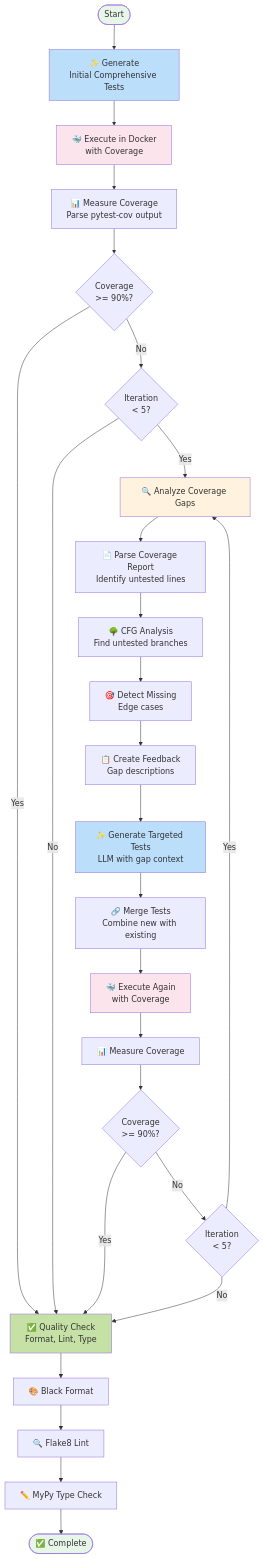
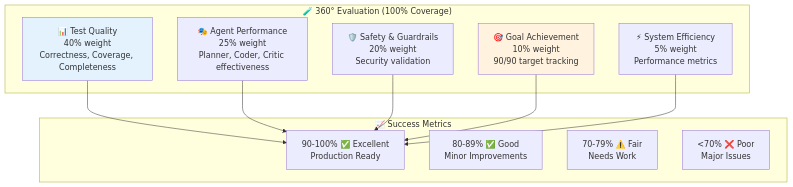
Before and after one commit to narenallam/AgenticTestGenerator: diagram 12 of 13 in ARCHITECTURE.md, drawn with Mermaid. The commit also changed other lines of this file and 11 other files, not shown here.

````diff
--- a/ARCHITECTURE.md
+++ b/ARCHITECTURE.md
@@ -356,47 +819,26 @@
 ```mermaid
-graph TD
-    Start([Start]) --> Initial[✨ Generate<br/>Initial Comprehensive Tests]
-    
-    Initial --> Execute1[🐳 Execute in Docker<br/>with Coverage]
-    Execute1 --> Measure1[📊 Measure Coverage<br/>Parse pytest-cov output]
-    
-    Measure1 --> Check1{Coverage<br/>>= 90%?}
-    Check1 -->|Yes| Quality[✅ Quality Check<br/>Format, Lint, Type]
-    Check1 -->|No| CheckIter1{Iteration<br/>< 5?}
-    
-    CheckIter1 -->|No| Quality
-    CheckIter1 -->|Yes| AnalyzeGaps[🔍 Analyze Coverage Gaps]
-    
-    AnalyzeGaps --> ParseCov[📄 Parse Coverage Report<br/>Identify untested lines]
-    ParseCov --> CFGAnalysis[🌳 CFG Analysis<br/>Find untested branches]
-    CFGAnalysis --> EdgeCase[🎯 Detect Missing<br/>Edge cases]
-    
-    EdgeCase --> Feedback[📋 Create Feedback<br/>Gap descriptions]
-    Feedback --> Targeted[✨ Generate Targeted Tests<br/>LLM with gap context]
-    
-    Targeted --> Merge[🔗 Merge Tests<br/>Combine new with existing]
-    Merge --> Execute2[🐳 Execute Again<br/>with Coverage]
-    
-    Execute2 --> Measure2[📊 Measure Coverage]
-    Measure2 --> Check2{Coverage<br/>>= 90%?}
-    
-    Check2 -->|Yes| Quality
-    Check2 -->|No| CheckIter2{Iteration<br/>< 5?}
-    
-    CheckIter2 -->|Yes| AnalyzeGaps
-    CheckIter2 -->|No| Quality
-    
-    Quality --> Format[🎨 Black Format]
-    Format --> Lint[🔍 Flake8 Lint]
-    Lint --> Type[✏️ MyPy Type Check]
-    Type --> Done([✅ Complete])
-    
-    style Start fill:#e8f5e9
-    style Done fill:#e8f5e9
-    style Initial fill:#bbdefb
-    style Execute1 fill:#fce4ec
-    style Execute2 fill:#fce4ec
-    style AnalyzeGaps fill:#fff3e0
-    style Targeted fill:#bbdefb
-    style Quality fill:#c5e1a5
+graph TB
+    subgraph "🧪 360° Evaluation (100% Coverage)"
+        Quality[📊 Test Quality<br/>40% weight<br/>Correctness, Coverage, Completeness]
+        Agents[🎭 Agent Performance<br/>25% weight<br/>Planner, Coder, Critic effectiveness]
+        Safety[🛡️ Safety & Guardrails<br/>20% weight<br/>Security validation]
+        Goals[🎯 Goal Achievement<br/>10% weight<br/>90/90 target tracking]
+        Efficiency[⚡ System Efficiency<br/>5% weight<br/>Performance metrics]
+    end
+
+    subgraph "📈 Success Metrics"
+        Excellent[90-100% ✅ Excellent<br/>Production Ready]
+        Good[80-89% ✅ Good<br/>Minor Improvements]
+        Fair[70-79% ⚠️ Fair<br/>Needs Work]
+        Poor[<70% ❌ Poor<br/>Major Issues]
+    end
+
+    Quality --> Excellent
+    Agents --> Excellent
+    Safety --> Excellent
+    Goals --> Excellent
+    Efficiency --> Excellent
+
+    style Quality fill:#e3f2fd
+    style Goals fill:#fff3e0
 ```
````
